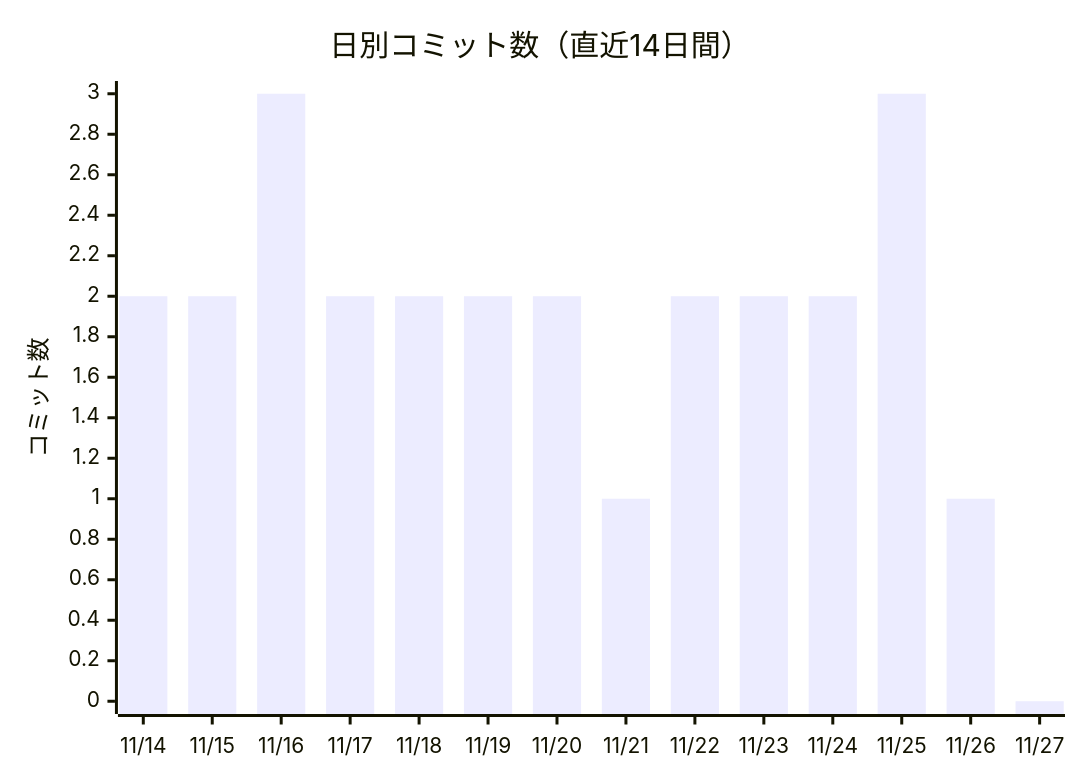
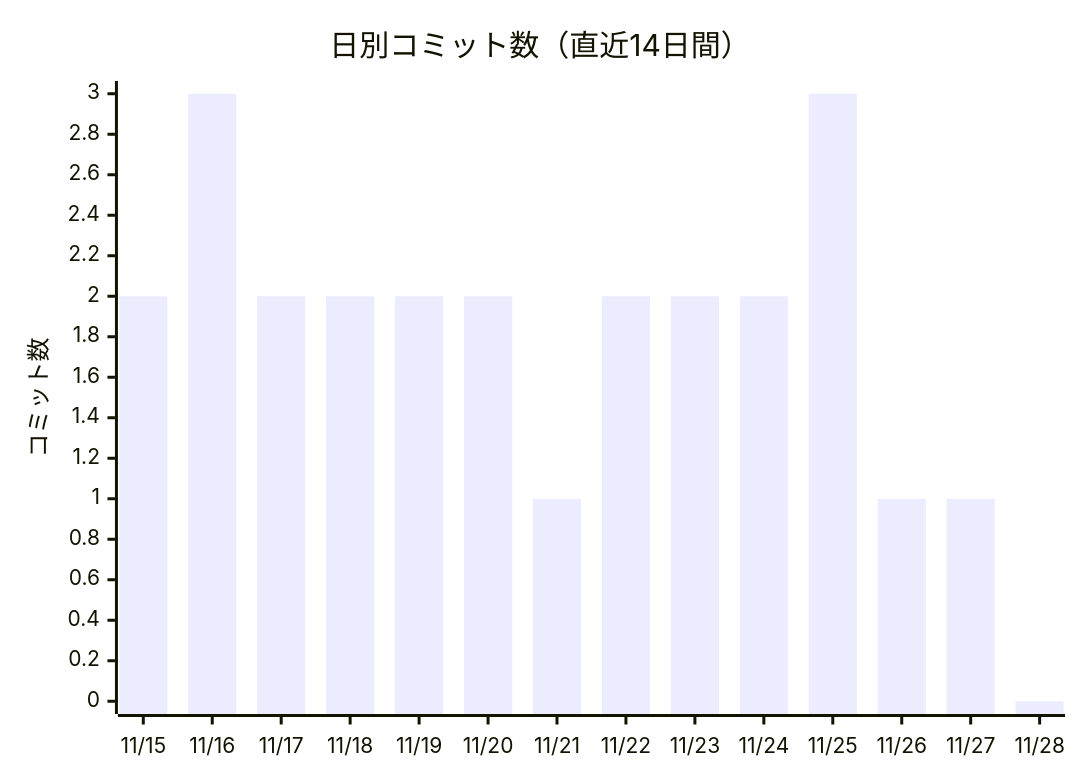
Before and after one commit to non-x2/non-x2: the first of 2 diagrams in docs/進化レポート.md, drawn with Mermaid. The commit also changed other lines of this file and 1 other file, not shown here.

````diff
--- a/docs/進化レポート.md
+++ b/docs/進化レポート.md
@@ -25,7 +25,7 @@
 ```mermaid
 xychart-beta
     title "日別コミット数（直近14日間）"
-    x-axis ["11/14", "11/15", "11/16", "11/17", "11/18", "11/19", "11/20", "11/21", "11/22", "11/23", "11/24", "11/25", "11/26", "11/27"]
+    x-axis ["11/15", "11/16", "11/17", "11/18", "11/19", "11/20", "11/21", "11/22", "11/23", "11/24", "11/25", "11/26", "11/27", "11/28"]
     y-axis "コミット数"
-    bar [2, 2, 3, 2, 2, 2, 2, 1, 2, 2, 2, 3, 1, 0]
+    bar [2, 3, 2, 2, 2, 2, 1, 2, 2, 2, 3, 1, 1, 0]
 ```
````
